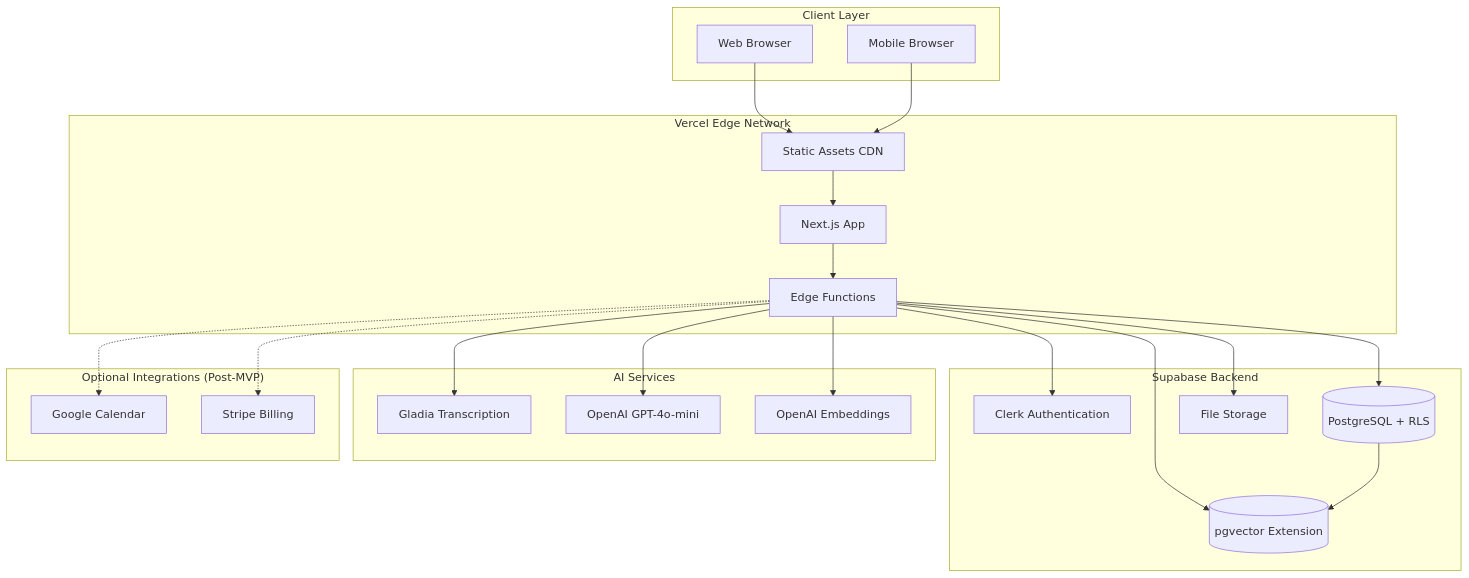
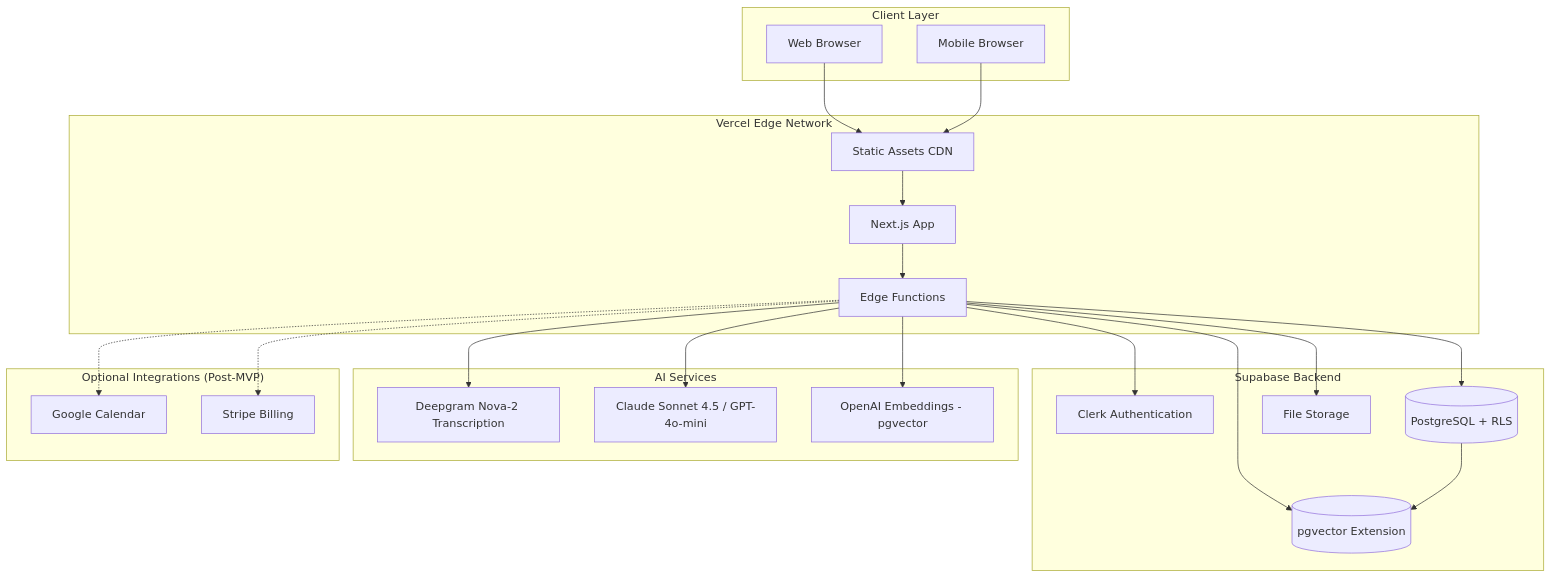
One commit to app-meetsolis/meetsolis changed the diagram in docs/architecture/high-level-architecture.md. Above: the diagram before and after it, drawn with Mermaid. The commit also changed other lines of this file and 141 other files, not shown here.

````diff
--- a/docs/architecture/high-level-architecture.md
+++ b/docs/architecture/high-level-architecture.md
@@ -25,48 +25,48 @@
 ```mermaid
 graph TB
     subgraph "Client Layer"
         WEB[Web Browser]
         MOBILE[Mobile Browser]
     end
 
     subgraph "Vercel Edge Network"
         CDN[Static Assets CDN]
         EDGE[Edge Functions]
         NEXTJS[Next.js App]
     end
 
     subgraph "Supabase Backend"
         AUTH[Clerk Authentication]
         DB[(PostgreSQL + RLS)]
         VECTOR[(pgvector Extension)]
         STORAGE[File Storage]
     end
 
     subgraph "AI Services"
-        GLADIA[Gladia Transcription]
-        OPENAI[OpenAI GPT-4o-mini]
-        EMBEDDINGS[OpenAI Embeddings]
+        DEEPGRAM[Deepgram Nova-2 Transcription]
+        AI[Claude Sonnet 4.5 / GPT-4o-mini]
+        EMBEDDINGS[OpenAI Embeddings - pgvector]
     end
 
     subgraph "Optional Integrations (Post-MVP)"
         GCAL[Google Calendar]
         STRIPE[Stripe Billing]
     end
 
     WEB --> CDN
     MOBILE --> CDN
     CDN --> NEXTJS
     NEXTJS --> EDGE
     EDGE --> AUTH
     EDGE --> DB
     EDGE --> VECTOR
     EDGE --> STORAGE
 
-    EDGE --> GLADIA
-    EDGE --> OPENAI
+    EDGE --> DEEPGRAM
+    EDGE --> AI
     EDGE --> EMBEDDINGS
     EDGE -.-> GCAL
     EDGE -.-> STRIPE
 
     DB --> VECTOR
 ```
````
